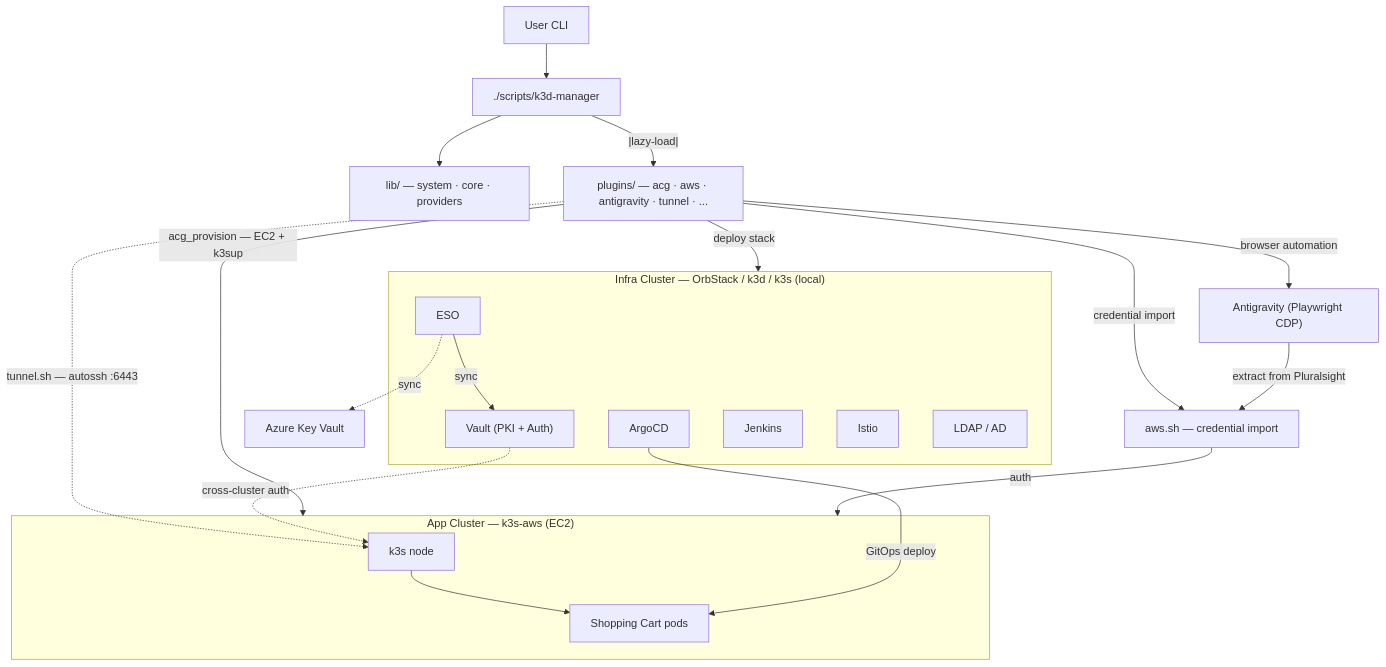
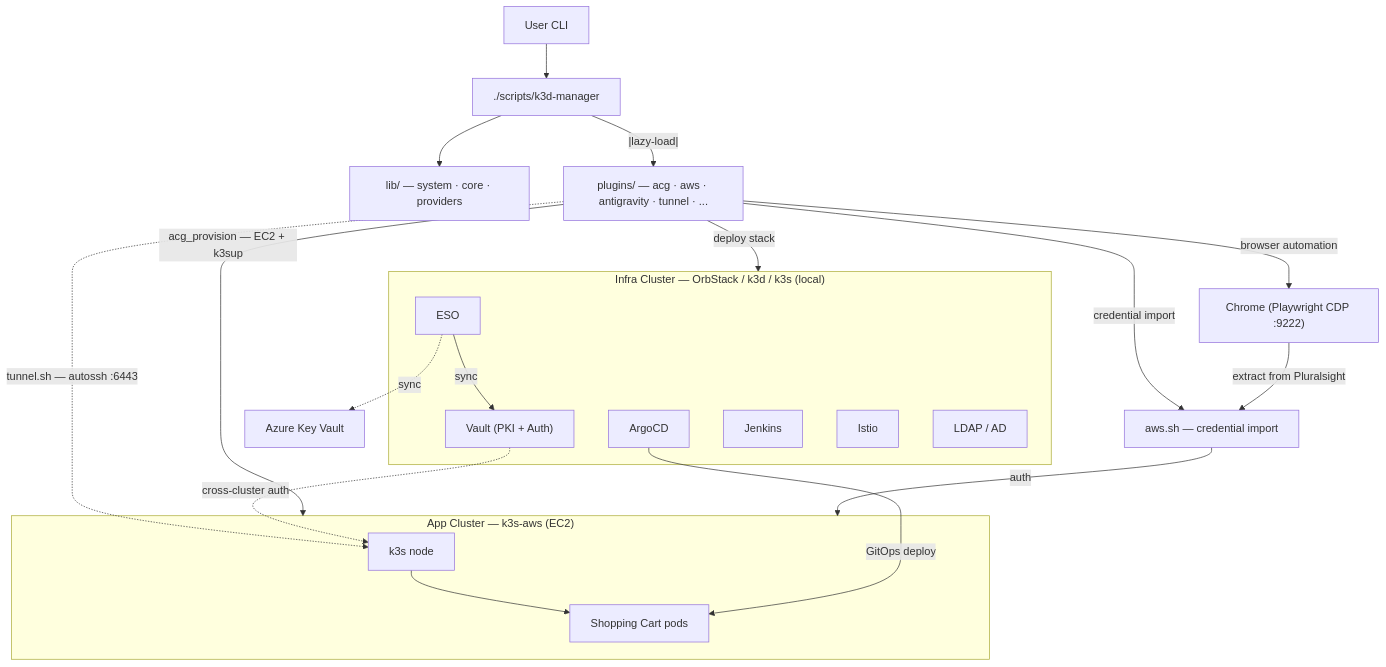
The diagram in README.md (wilddog64/k3d-manager), drawn with Mermaid before and after one commit. The commit also changed other lines of this file and 1 other file, not shown here.

First line of the commit message:
docs: correct Antigravity → Chrome in README and howto

````diff
--- a/README.md
+++ b/README.md
@@ -124,36 +124,36 @@
 ```mermaid
 graph TD
   U[User CLI] --> KM[./scripts/k3d-manager]
   KM --> LIB["lib/ — system · core · providers"]
   KM --|lazy-load|--> PLUG["plugins/ — acg · aws · antigravity · tunnel · ..."]
 
   subgraph Infra ["Infra Cluster — OrbStack / k3d / k3s (local)"]
     VAULT["Vault (PKI + Auth)"]
     ESO[ESO]
     ARGOCD[ArgoCD]
     JENKINS[Jenkins]
     ISTIO[Istio]
     LDAP[LDAP / AD]
     ESO -->|sync| VAULT
   end
 
   subgraph AppCluster ["App Cluster — k3s-aws (EC2)"]
     K3S[k3s node]
     APPS[Shopping Cart pods]
     K3S --> APPS
   end
 
-  ANTG["Antigravity (Playwright CDP)"]
+  ANTG["Chrome (Playwright CDP :9222)"]
   AWSC["aws.sh — credential import"]
 
   PLUG -->|deploy stack| Infra
   PLUG -->|acg_provision — EC2 + k3sup| AppCluster
   PLUG -->|browser automation| ANTG
   PLUG -->|credential import| AWSC
   ANTG -->|extract from Pluralsight| AWSC
   AWSC -->|auth| AppCluster
   PLUG -.->|tunnel.sh — autossh :6443| K3S
   ARGOCD -->|GitOps deploy| APPS
   VAULT -.->|cross-cluster auth| K3S
   ESO -.->|sync| AKV[Azure Key Vault]
 ```
````
